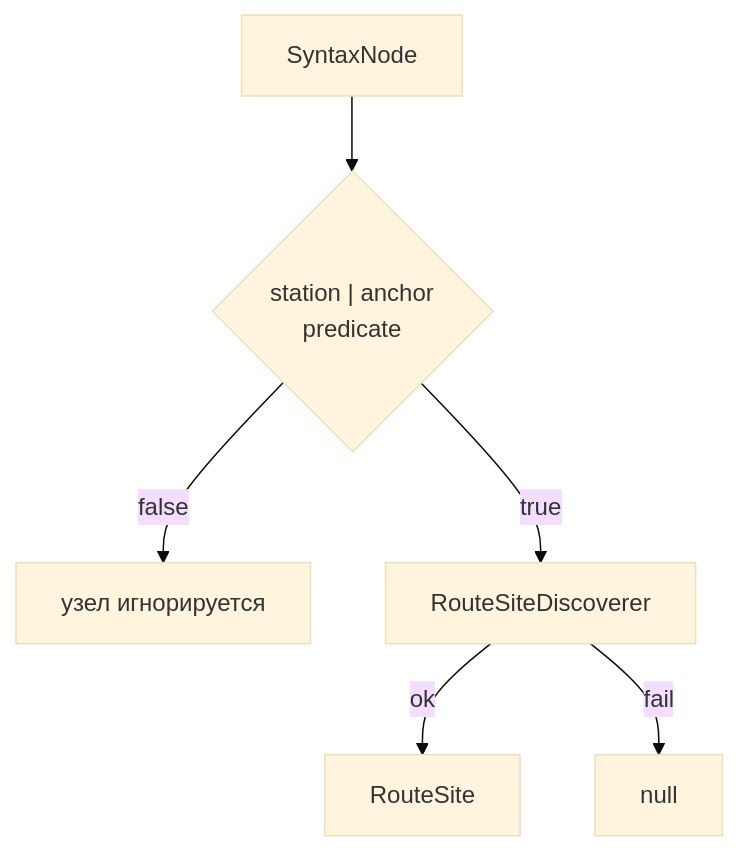
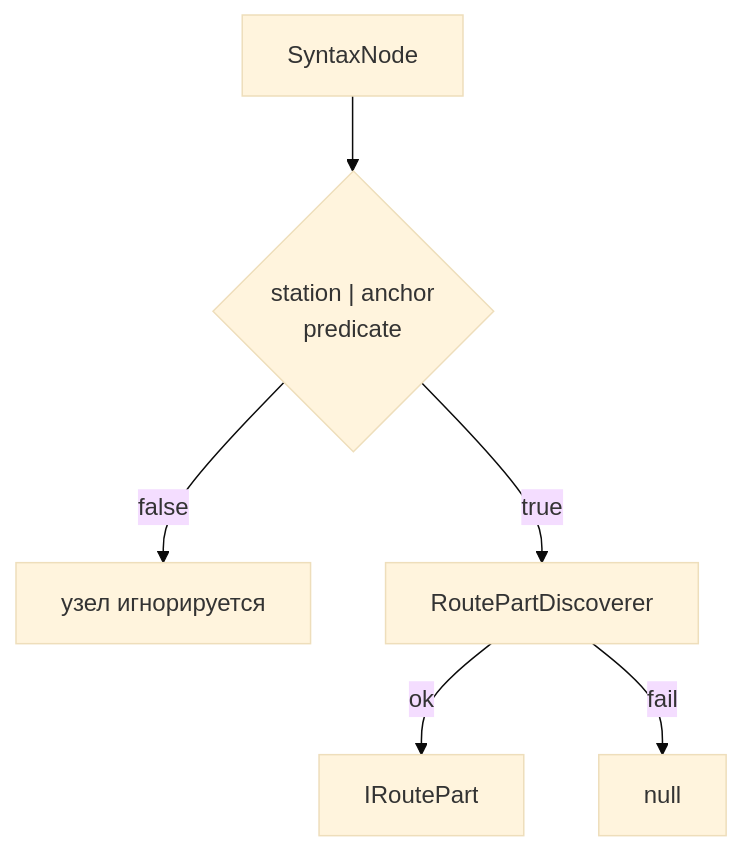
Before and after one commit to moragfullrest-cmyk/TrainOP: the fourth of 8 diagrams in docs/architecture-internals.md, drawn with Mermaid (base theme). The commit also changed other lines of this file and 52 other files, not shown here.

Commit message:
Retire RouteSite so discovery emits IRoutePart directly.

````diff
--- a/docs/architecture-internals.md
+++ b/docs/architecture-internals.md
@@ -252,8 +252,8 @@
 ```mermaid
 flowchart TB
   Node["SyntaxNode"] --> Pred{"station | anchor<br/>predicate"}
   Pred -->|false| Skip["узел игнорируется"]
-  Pred -->|true| RSD["RouteSiteDiscoverer"]
-  RSD -->|ok| Out["RouteSite"]
-  RSD -->|fail| Null["null"]
+  Pred -->|true| RPD["RoutePartDiscoverer"]
+  RPD -->|ok| Out["IRoutePart"]
+  RPD -->|fail| Null["null"]
 ```
````
